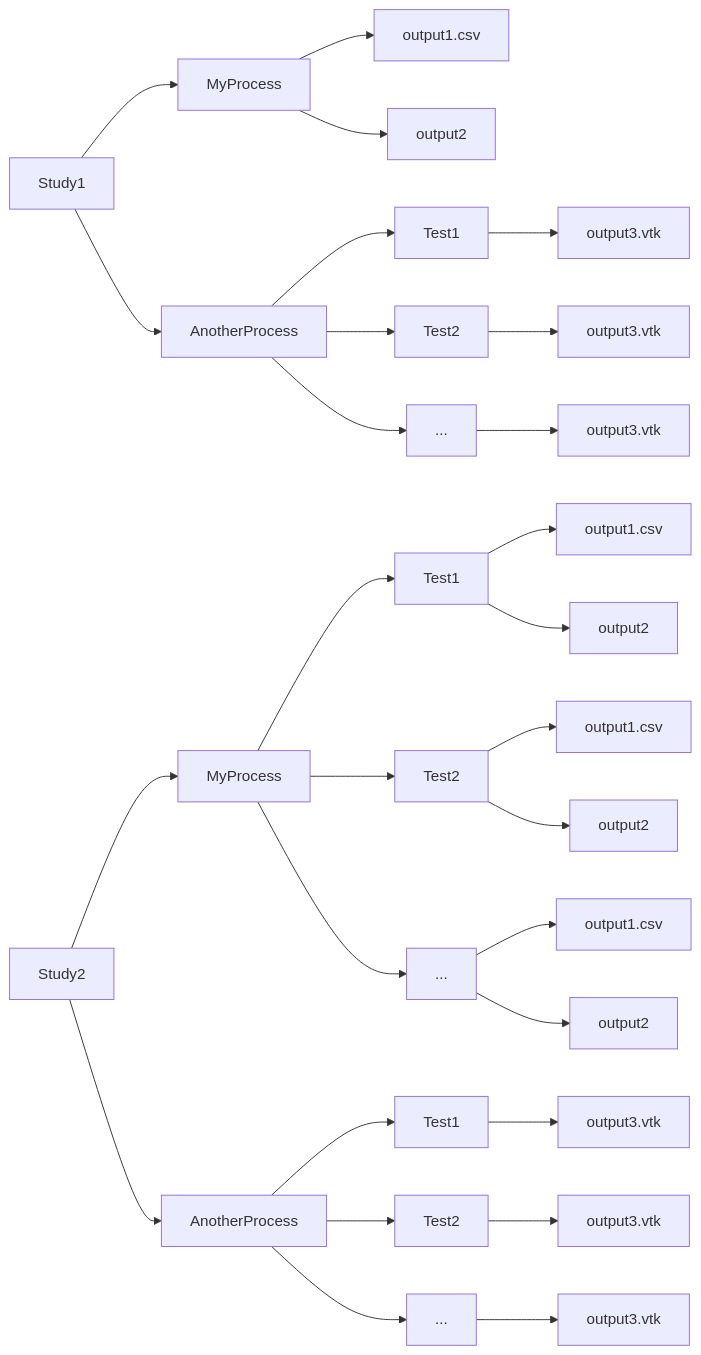
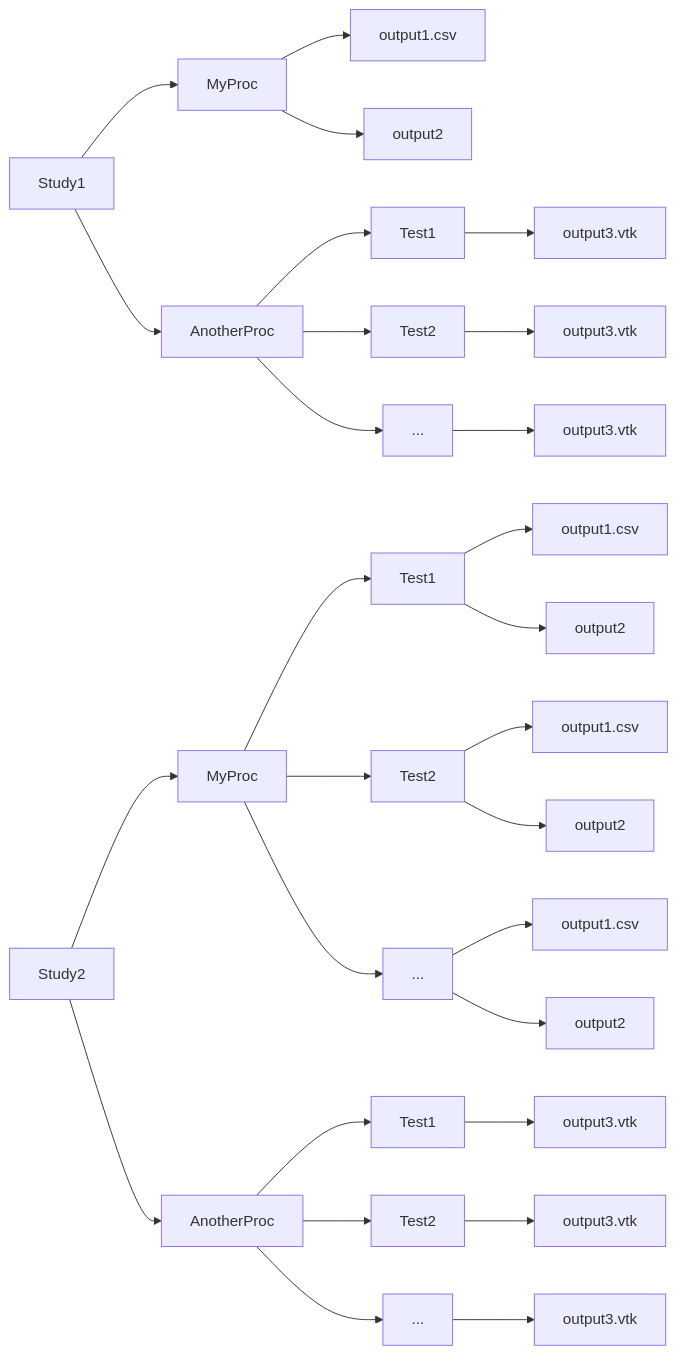
Before and after one commit to nuremics/nuremics: diagram 17 of 17 in README.md, drawn with Mermaid. The commit also changed other lines of this file, not shown here.

````diff
--- a/README.md
+++ b/README.md
@@ -542,41 +542,41 @@
 ```mermaid
 flowchart LR
-    Study1 --> Study1_MyProcess["MyProcess"]
-    Study1 --> Study1_AnotherProcess["AnotherProcess"]
+    Study1 --> Study1_MyProc["MyProc"]
+    Study1 --> Study1_AnotherProc["AnotherProc"]
 
-    Study1_MyProcess --> Study1_MyProcess_Common_output1["output1.csv"]
-    Study1_MyProcess --> Study1_MyProcess_Common_output2["output2"]
+    Study1_MyProc --> Study1_MyProc_Common_output1["output1.csv"]
+    Study1_MyProc --> Study1_MyProc_Common_output2["output2"]
 
-    Study1_AnotherProcess --> Study1_AnotherProcess_Test1["Test1"]
-    Study1_AnotherProcess --> Study1_AnotherProcess_Test2["Test2"]
-    Study1_AnotherProcess --> Study1_AnotherProcess_Test3["..."]
+    Study1_AnotherProc --> Study1_AnotherProc_Test1["Test1"]
+    Study1_AnotherProc --> Study1_AnotherProc_Test2["Test2"]
+    Study1_AnotherProc --> Study1_AnotherProc_Test3["..."]
 
-    Study1_AnotherProcess_Test1 --> Study1_AnotherProcess_Test1_output3["output3.vtk"]
-    Study1_AnotherProcess_Test2 --> Study1_AnotherProcess_Test2_output3["output3.vtk"]
-    Study1_AnotherProcess_Test3 --> Study1_AnotherProcess_Test3_output3["output3.vtk"]
+    Study1_AnotherProc_Test1 --> Study1_AnotherProc_Test1_output3["output3.vtk"]
+    Study1_AnotherProc_Test2 --> Study1_AnotherProc_Test2_output3["output3.vtk"]
+    Study1_AnotherProc_Test3 --> Study1_AnotherProc_Test3_output3["output3.vtk"]
 
 
 
 
-    Study2 --> Study2_MyProcess["MyProcess"]
-    Study2 --> Study2_AnotherProcess["AnotherProcess"]
+    Study2 --> Study2_MyProc["MyProc"]
+    Study2 --> Study2_AnotherProc["AnotherProc"]
 
-    Study2_MyProcess --> Study2_MyProcess_Test1["Test1"]
-    Study2_MyProcess --> Study2_MyProcess_Test2["Test2"]
-    Study2_MyProcess --> Study2_MyProcess_Test3["..."]
+    Study2_MyProc --> Study2_MyProc_Test1["Test1"]
+    Study2_MyProc --> Study2_MyProc_Test2["Test2"]
+    Study2_MyProc --> Study2_MyProc_Test3["..."]
 
-    Study2_MyProcess_Test1 --> Study2_MyProcess_Test1_output1["output1.csv"]
-    Study2_MyProcess_Test1 --> Study2_MyProcess_Test1_output2["output2"]
-    Study2_MyProcess_Test2 --> Study2_MyProcess_Test2_output1["output1.csv"]
-    Study2_MyProcess_Test2 --> Study2_MyProcess_Test2_output2["output2"]
-    Study2_MyProcess_Test3 --> Study2_MyProcess_Test3_output1["output1.csv"]
-    Study2_MyProcess_Test3 --> Study2_MyProcess_Test3_output2["output2"]
+    Study2_MyProc_Test1 --> Study2_MyProc_Test1_output1["output1.csv"]
+    Study2_MyProc_Test1 --> Study2_MyProc_Test1_output2["output2"]
+    Study2_MyProc_Test2 --> Study2_MyProc_Test2_output1["output1.csv"]
+    Study2_MyProc_Test2 --> Study2_MyProc_Test2_output2["output2"]
+    Study2_MyProc_Test3 --> Study2_MyProc_Test3_output1["output1.csv"]
+    Study2_MyProc_Test3 --> Study2_MyProc_Test3_output2["output2"]
 
-    Study2_AnotherProcess --> Study2_AnotherProcess_Test1["Test1"]
-    Study2_AnotherProcess --> Study2_AnotherProcess_Test2["Test2"]
-    Study2_AnotherProcess --> Study2_AnotherProcess_Test3["..."]
+    Study2_AnotherProc --> Study2_AnotherProc_Test1["Test1"]
+    Study2_AnotherProc --> Study2_AnotherProc_Test2["Test2"]
+    Study2_AnotherProc --> Study2_AnotherProc_Test3["..."]
 
-    Study2_AnotherProcess_Test1 --> Study2_AnotherProcess_Test1_output3["output3.vtk"]
-    Study2_AnotherProcess_Test2 --> Study2_AnotherProcess_Test2_output3["output3.vtk"]
-    Study2_AnotherProcess_Test3 --> Study2_AnotherProcess_Test3_output3["output3.vtk"]
+    Study2_AnotherProc_Test1 --> Study2_AnotherProc_Test1_output3["output3.vtk"]
+    Study2_AnotherProc_Test2 --> Study2_AnotherProc_Test2_output3["output3.vtk"]
+    Study2_AnotherProc_Test3 --> Study2_AnotherProc_Test3_output3["output3.vtk"]
 ```
````
